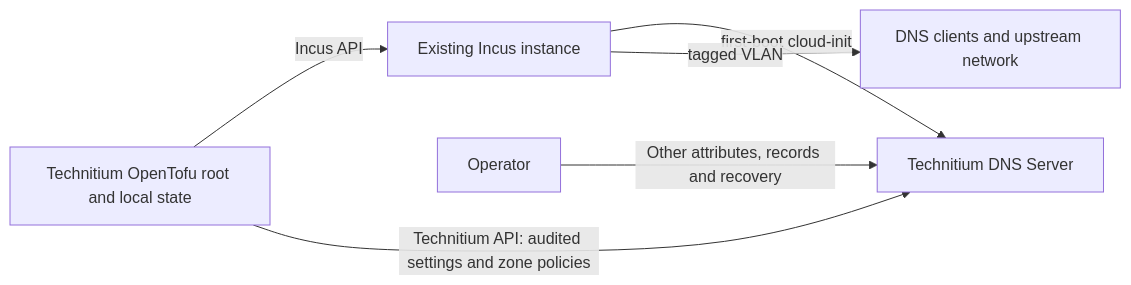
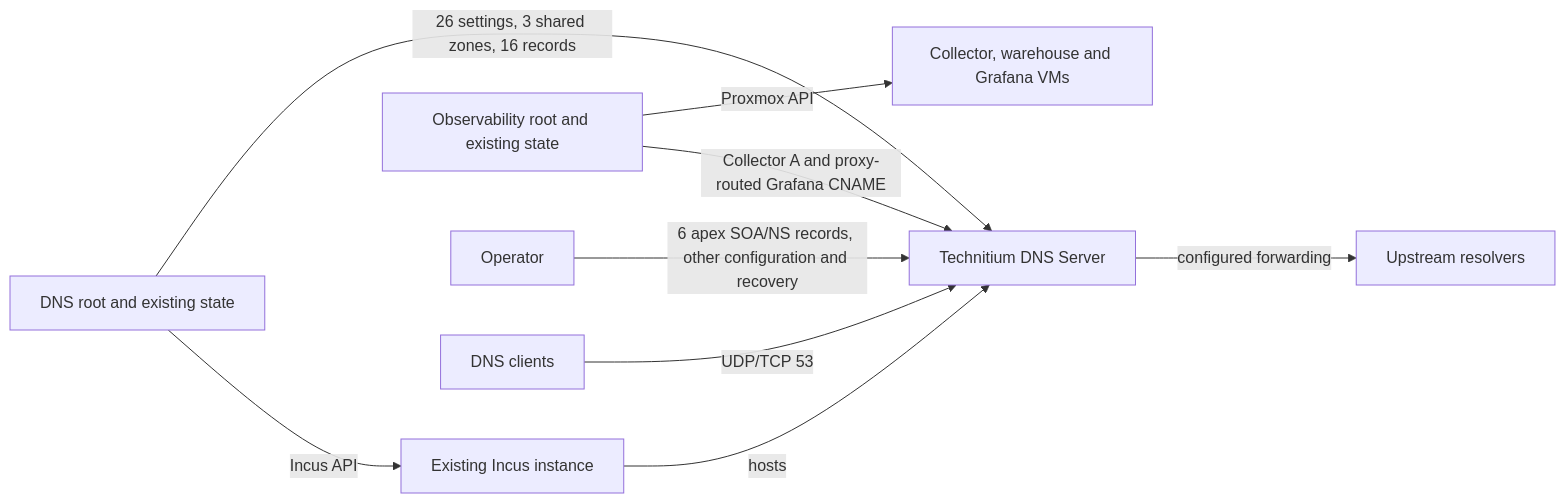
The diagram in services/technitium-dns/README.md (lexedwards/homelab), drawn with Mermaid before and after one commit. The commit also changed other lines of this file and 1 other file, not shown here.

First line of the commit message:
docs(dns): finalize ownership and recovery notes (#7)

````diff
--- a/services/technitium-dns/README.md
+++ b/services/technitium-dns/README.md
@@ -87,8 +87,11 @@
 ```mermaid
 flowchart LR
-    T[Technitium OpenTofu root and local state] -->|Incus API| I[Existing Incus instance]
-    I -->|first-boot cloud-init| D[Technitium DNS Server]
-    I -->|tagged VLAN| N[DNS clients and upstream network]
-    T -->|Technitium API: audited settings and zone policies| D
-    O[Operator] -->|Other attributes, records and recovery| D
+    T["DNS root and existing state"] -->|Incus API| I["Existing Incus instance"]
+    I -->|hosts| D["Technitium DNS Server"]
+    T -->|"26 settings, 3 shared zones, 16 records"| D
+    S["Observability root and existing state"] -->|"Collector A and proxy-routed Grafana CNAME"| D
+    S -->|Proxmox API| V["Collector, warehouse and Grafana VMs"]
+    O["Operator"] -->|"6 apex SOA/NS records, other configuration and recovery"| D
+    C["DNS clients"] -->|UDP/TCP 53| D
+    D -->|configured forwarding| U["Upstream resolvers"]
 ```
````
